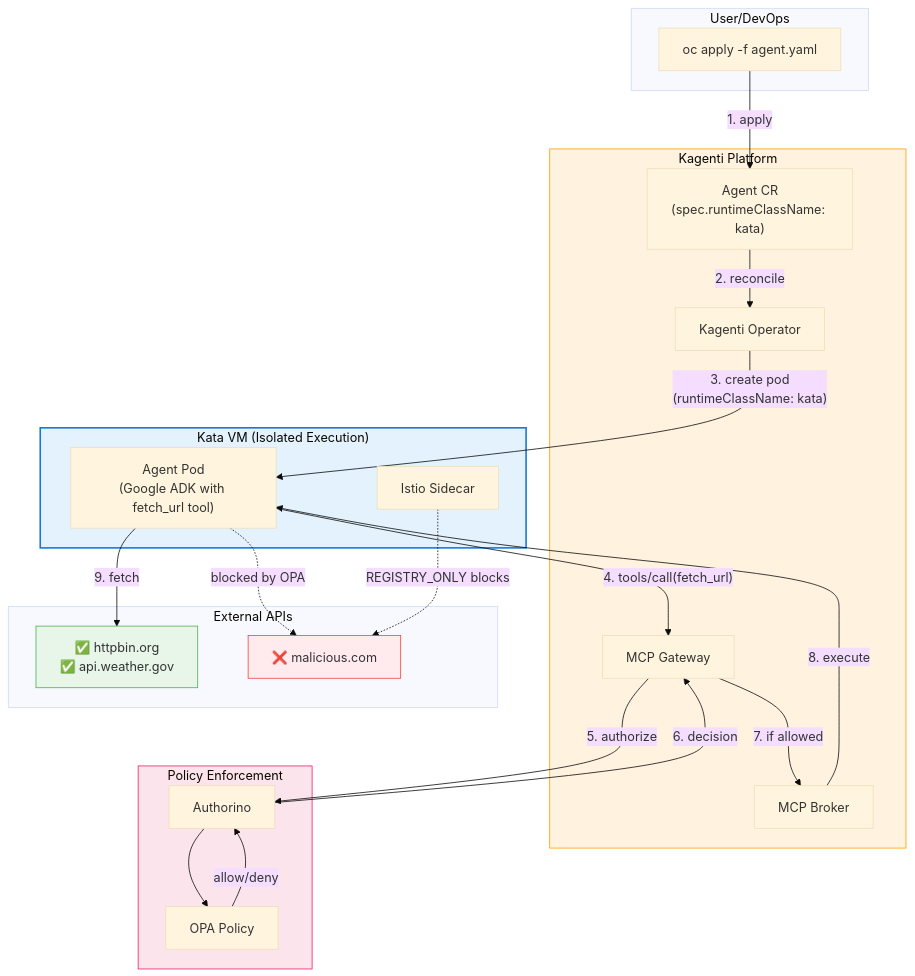
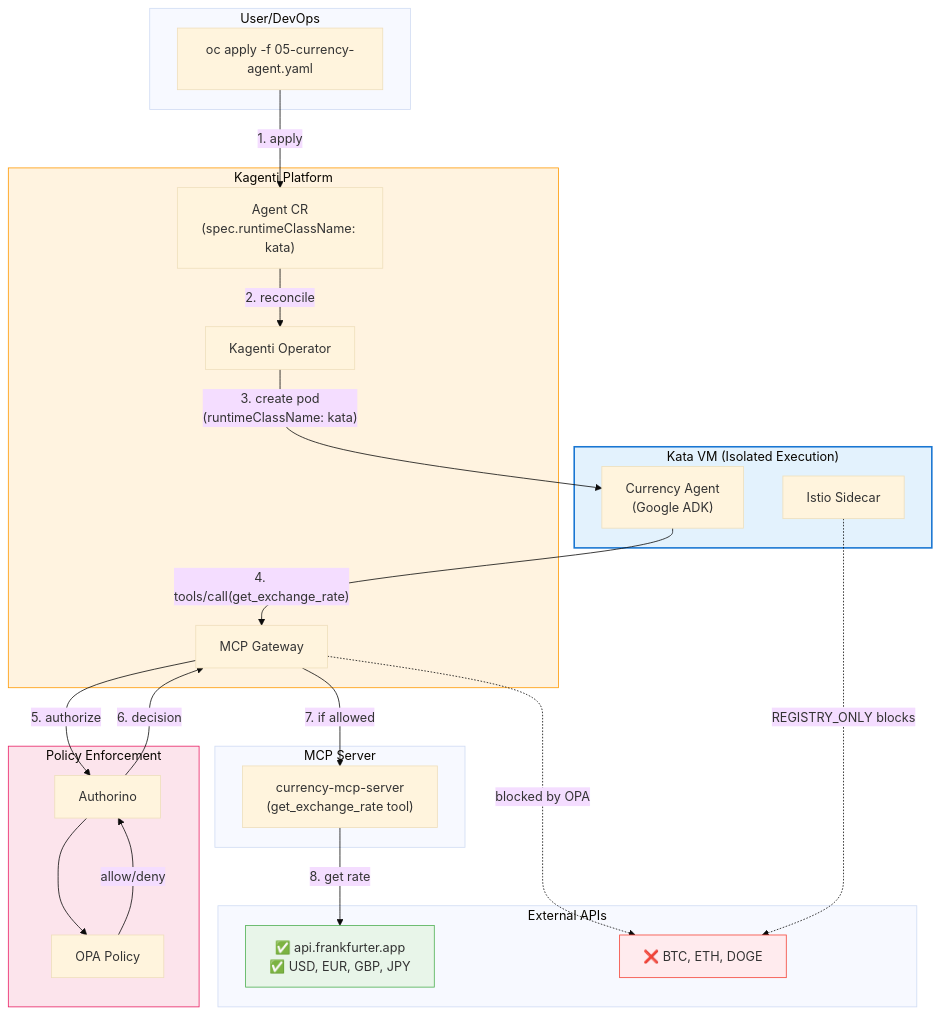
One commit to rrbanda/agent-sandbox-ocp changed the first of 3 diagrams in docs/architecture.md. Above: the diagram before and after it, drawn with Mermaid (base theme). The commit also changed other lines of this file and 16 other files, not shown here.

````diff
--- a/docs/architecture.md
+++ b/docs/architecture.md
@@ -7,53 +7,55 @@
 ```mermaid
 flowchart TB
     subgraph User["User/DevOps"]
-        Apply["oc apply -f agent.yaml"]
+        Apply["oc apply -f 05-currency-agent.yaml"]
     end
 
     subgraph Kagenti["Kagenti Platform"]
         AgentCRD["Agent CR<br/>(spec.runtimeClassName: kata)"]
         Operator["Kagenti Operator"]
         MCPGateway["MCP Gateway"]
-        Broker["MCP Broker"]
     end
 
     subgraph KataVM["Kata VM (Isolated Execution)"]
-        AgentPod["Agent Pod<br/>(Google ADK with fetch_url tool)"]
+        AgentPod["Currency Agent<br/>(Google ADK)"]
         IstioSidecar["Istio Sidecar"]
+    end
+
+    subgraph MCPServer["MCP Server"]
+        CurrencyMCP["currency-mcp-server<br/>(get_exchange_rate tool)"]
     end
 
     subgraph Policy["Policy Enforcement"]
         Authorino["Authorino"]
         OPA["OPA Policy"]
     end
 
     subgraph External["External APIs"]
-        Approved["✅ httpbin.org<br/>✅ api.weather.gov"]
-        Blocked["❌ malicious.com"]
+        Approved["✅ api.frankfurter.app<br/>✅ USD, EUR, GBP, JPY"]
+        Blocked["❌ BTC, ETH, DOGE"]
     end
 
     %% Deployment flow
     Apply -->|"1. apply"| AgentCRD
     AgentCRD -->|"2. reconcile"| Operator
     Operator -->|"3. create pod<br/>(runtimeClassName: kata)"| AgentPod
 
     %% Tool call flow
-    AgentPod -->|"4. tools/call(fetch_url)"| MCPGateway
+    AgentPod -->|"4. tools/call(get_exchange_rate)"| MCPGateway
     MCPGateway -->|"5. authorize"| Authorino
     Authorino --> OPA
     OPA -->|"allow/deny"| Authorino
     Authorino -->|"6. decision"| MCPGateway
-    MCPGateway -->|"7. if allowed"| Broker
-    Broker -->|"8. execute"| AgentPod
-    AgentPod -->|"9. fetch"| Approved
+    MCPGateway -->|"7. if allowed"| CurrencyMCP
+    CurrencyMCP -->|"8. get rate"| Approved
 
     %% Blocked paths
-    AgentPod -.->|"blocked by OPA"| Blocked
+    MCPGateway -.->|"blocked by OPA"| Blocked
     IstioSidecar -.->|"REGISTRY_ONLY blocks"| Blocked
 
     style KataVM fill:#e3f2fd,stroke:#1976d2,stroke-width:2px
     style Kagenti fill:#fff3e0,stroke:#ff9800
     style Policy fill:#fce4ec,stroke:#e91e63
     style Blocked fill:#ffebee,stroke:#f44336
     style Approved fill:#e8f5e9,stroke:#4caf50
 ```
````
